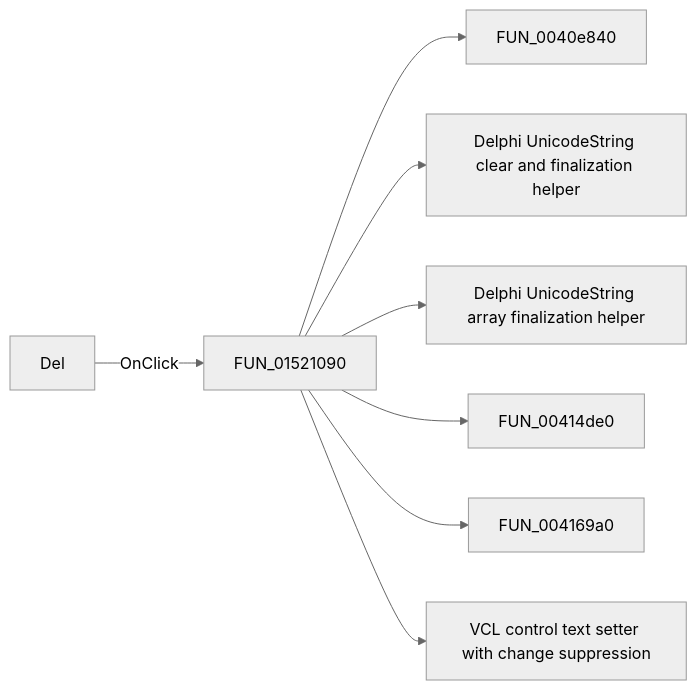
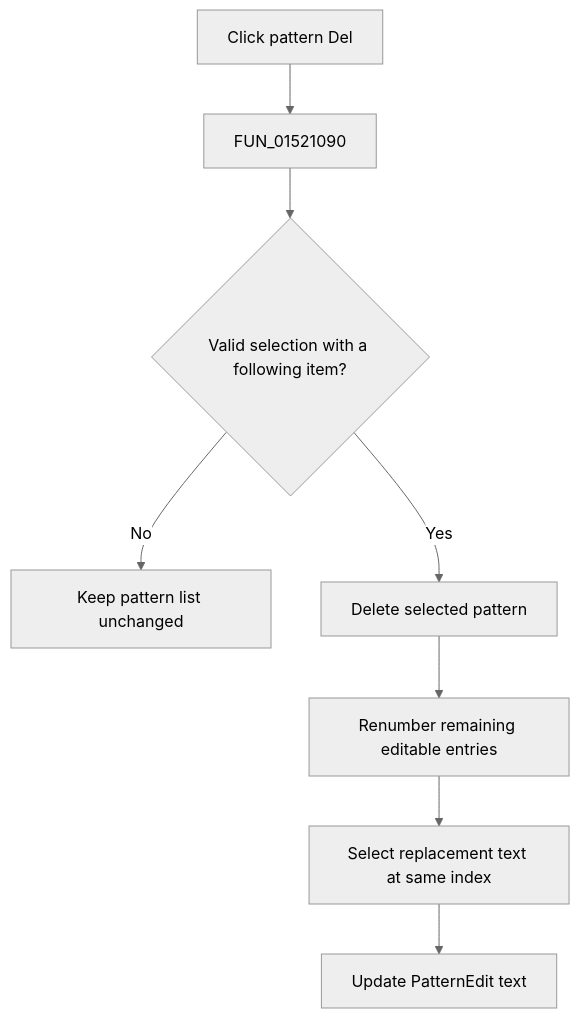
The diagram in docs/ui-controls/logicanalyzerwin/patterndeletebtn-f3fb1e7039.md (MovGP0/TIARA), drawn with Mermaid (neutral theme) before and after one commit. The commit also changed other lines of this file and 1062 other files, not shown here.

````diff
--- a/docs/ui-controls/logicanalyzerwin/patterndeletebtn-f3fb1e7039.md
+++ b/docs/ui-controls/logicanalyzerwin/patterndeletebtn-f3fb1e7039.md
@@ -27,10 +31,10 @@
 ```mermaid
-flowchart LR
-    control["Del"] -->|OnClick| handler["FUN_01521090"]
-    handler --> call1["FUN_0040e840"]
-    handler --> call2["Delphi UnicodeString clear and finalization helper"]
-    handler --> call3["Delphi UnicodeString array finalization helper"]
-    handler --> call4["FUN_00414de0"]
-    handler --> call5["FUN_004169a0"]
-    handler --> call6["VCL control text setter with change suppression"]
+flowchart TD
+    Click["Click pattern Del"] --> Handler["FUN_01521090"]
+    Handler --> Selected{"Valid selection with a following item?"}
+    Selected -->|No| NoOp["Keep pattern list unchanged"]
+    Selected -->|Yes| Delete["Delete selected pattern"]
+    Delete --> Number["Renumber remaining editable entries"]
+    Number --> Replace["Select replacement text at same index"]
+    Replace --> Edit["Update PatternEdit text"]
 ```
````
